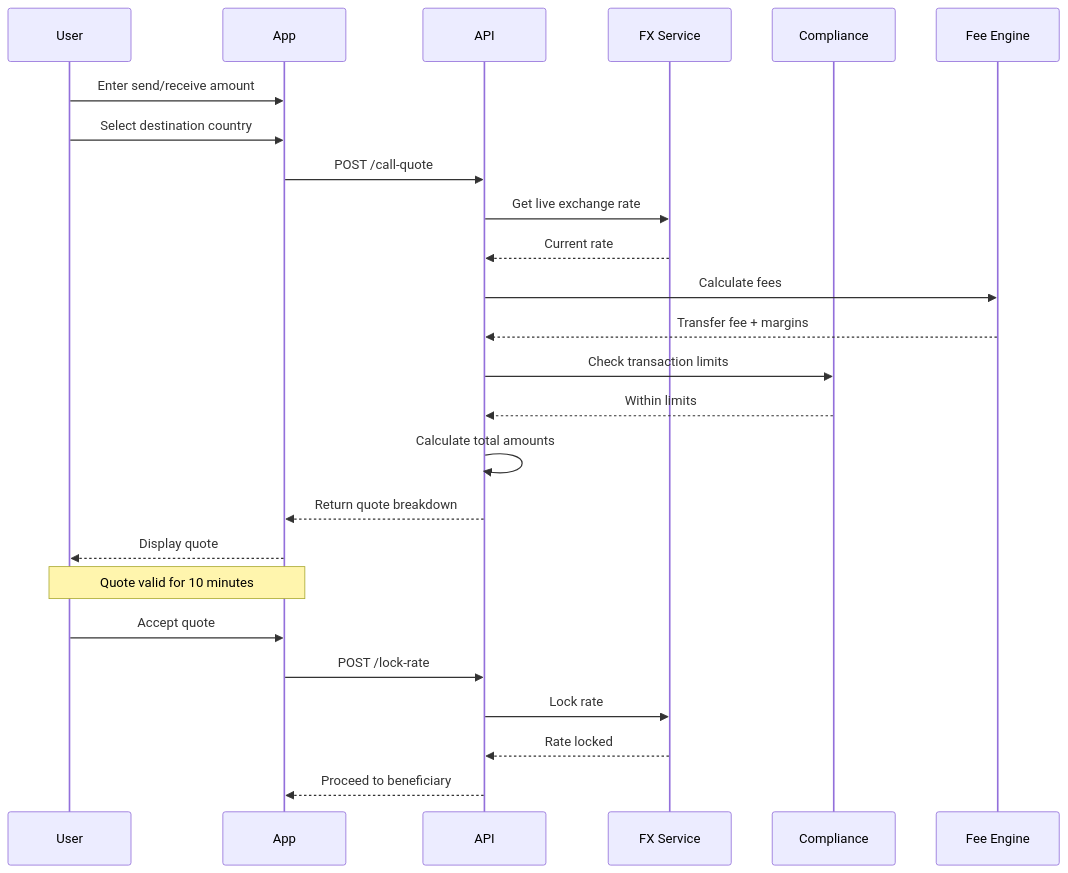
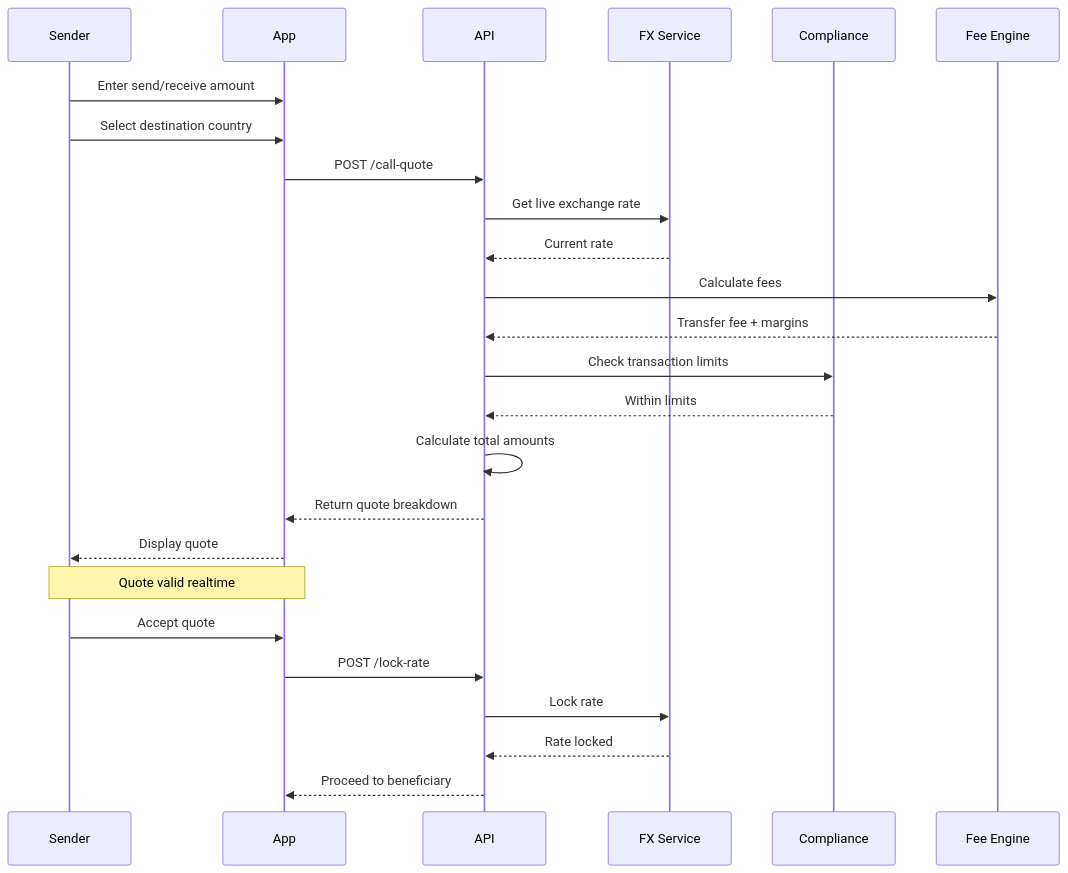
Before and after one commit to trillionclues-fincode/docs: the seventh of 14 diagrams in remittance/process-flows.mdx, drawn with Mermaid. The commit also changed other lines of this file and 7 other files, not shown here.

````diff
--- a/remittance/process-flows.mdx
+++ b/remittance/process-flows.mdx
@@ -490,30 +503,30 @@
 ```mermaid
 sequenceDiagram
-    participant User
+    participant Sender
     participant App
     participant API
     participant FX Service
     participant Compliance
     participant Fee Engine
 
-    User->>App: Enter send/receive amount
-    User->>App: Select destination country
+    Sender->>App: Enter send/receive amount
+    Sender->>App: Select destination country
     App->>API: POST /call-quote
     API->>FX Service: Get live exchange rate
     FX Service-->>API: Current rate
     API->>Fee Engine: Calculate fees
     Fee Engine-->>API: Transfer fee + margins
     API->>Compliance: Check transaction limits
     Compliance-->>API: Within limits
     API->>API: Calculate total amounts
     API-->>App: Return quote breakdown
-    App-->>User: Display quote
+    App-->>Sender: Display quote
 
-    Note over User,App: Quote valid for 10 minutes
+    Note over Sender,App: Quote valid realtime
 
-    User->>App: Accept quote
+    Sender->>App: Accept quote
     App->>API: POST /lock-rate
     API->>FX Service: Lock rate
     FX Service-->>API: Rate locked
     API-->>App: Proceed to beneficiary
 ```
````
